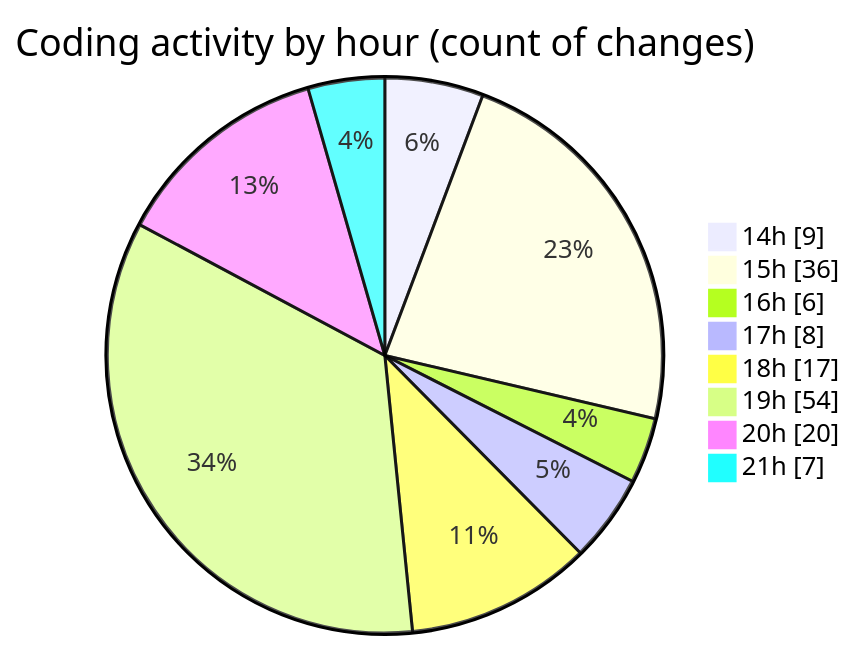
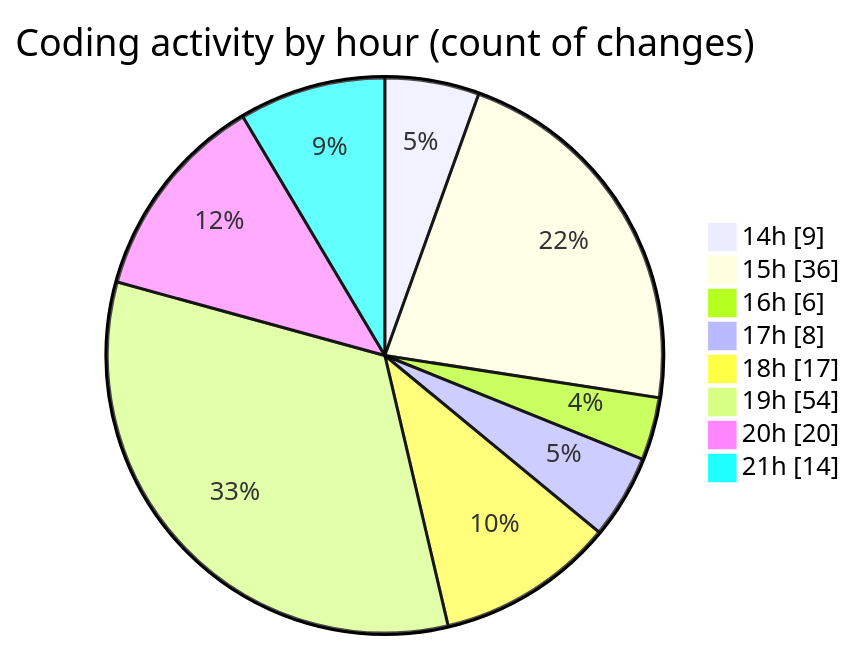
The second of 2 diagrams in 2025-06-17/projects/README.md (Ritupan-Deka/code-tracking), drawn with Mermaid before and after one commit. The commit also changed other lines of this file and 1 other file, not shown here.

````diff
--- a/2025-06-17/projects/README.md
+++ b/2025-06-17/projects/README.md
@@ -31,12 +33,12 @@
 ```mermaid
 pie showData
 title Coding activity by hour (count of changes)
 "14h" : 9
 "15h" : 36
 "16h" : 6
 "17h" : 8
 "18h" : 17
 "19h" : 54
 "20h" : 20
-"21h" : 7
+"21h" : 14
 ```
````
